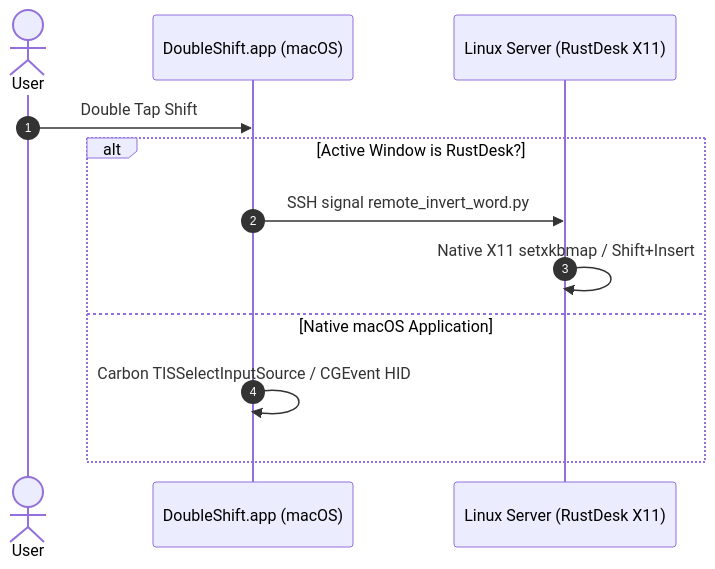
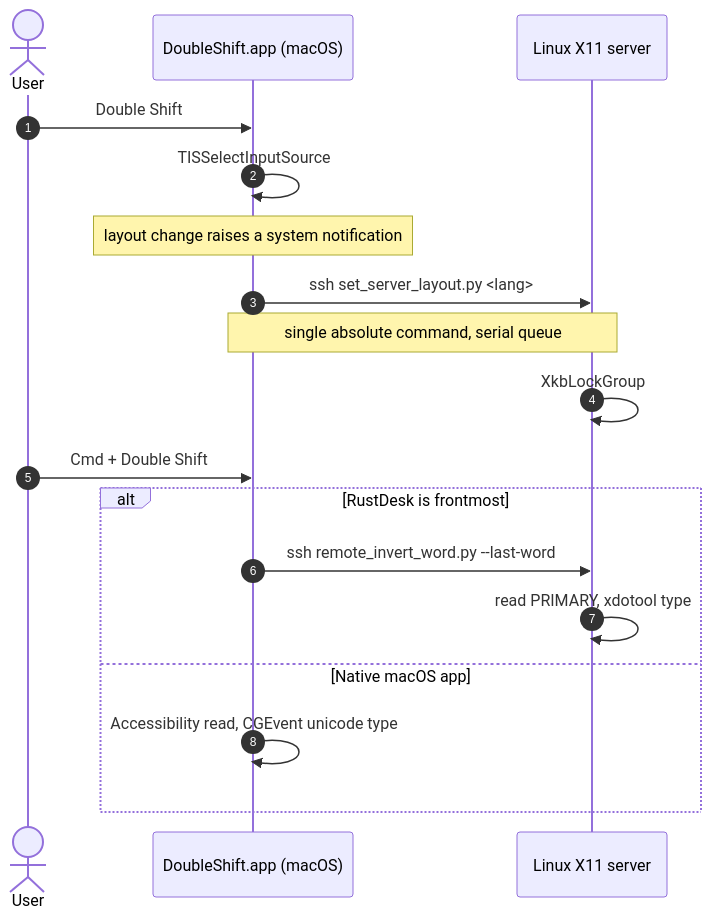
Before and after one commit to Arkadius0292/Doubleshifter: the diagram in README.md, drawn with Mermaid. The commit also changed other lines of this file and 3 other files, not shown here.

````diff
--- a/README.md
+++ b/README.md
@@ -27,15 +48,22 @@
 ```mermaid
 sequenceDiagram
     autonumber
-    actor User as User
+    actor User
     participant Mac as DoubleShift.app (macOS)
-    participant Server as Linux Server (RustDesk X11)
+    participant Srv as Linux X11 server
 
-    User->>Mac: Double Tap Shift
-    alt Active Window is RustDesk?
-        Mac->>Server: SSH signal remote_invert_word.py
-        Server->>Server: Native X11 setxkbmap / Shift+Insert
-    else Native macOS Application
-        Mac->>Mac: Carbon TISSelectInputSource / CGEvent HID
+    User->>Mac: Double Shift
+    Mac->>Mac: TISSelectInputSource
+    Note over Mac: layout change raises a system notification
+    Mac->>Srv: ssh set_server_layout.py <lang>
+    Note over Mac,Srv: single absolute command, serial queue
+    Srv->>Srv: XkbLockGroup
+
+    User->>Mac: Cmd + Double Shift
+    alt RustDesk is frontmost
+        Mac->>Srv: ssh remote_invert_word.py --last-word
+        Srv->>Srv: read PRIMARY, xdotool type
+    else Native macOS app
+        Mac->>Mac: Accessibility read, CGEvent unicode type
     end
 ```
````
